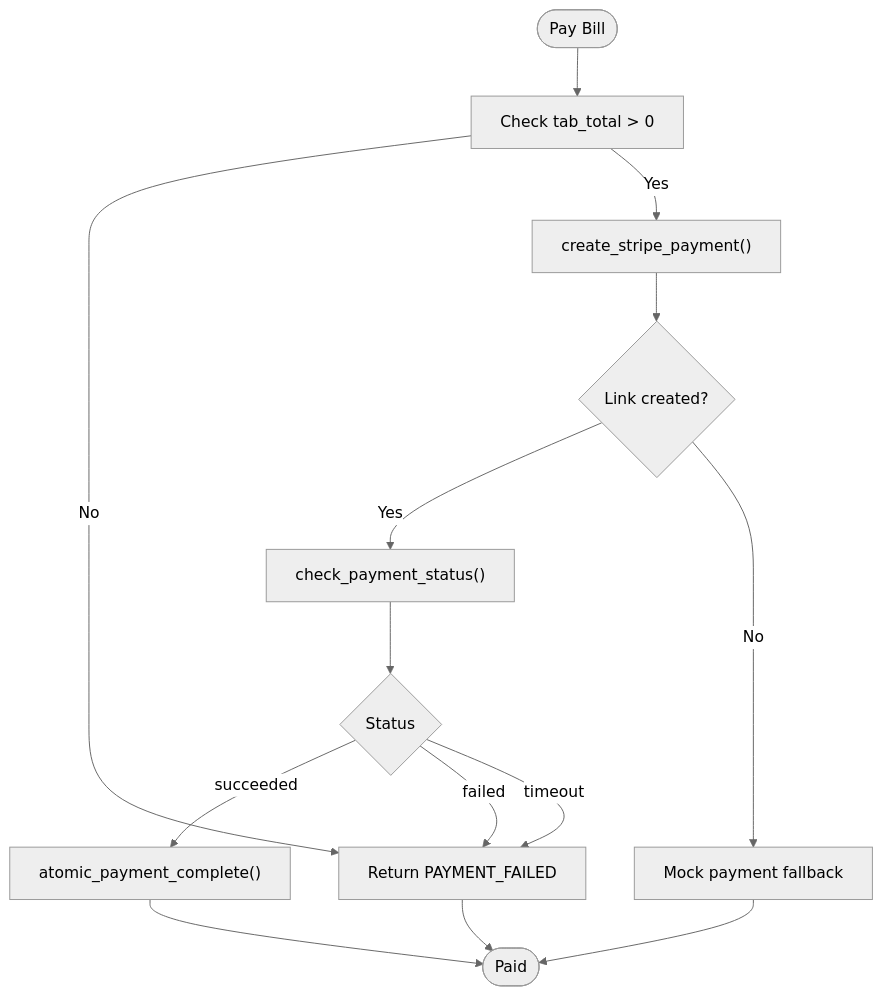
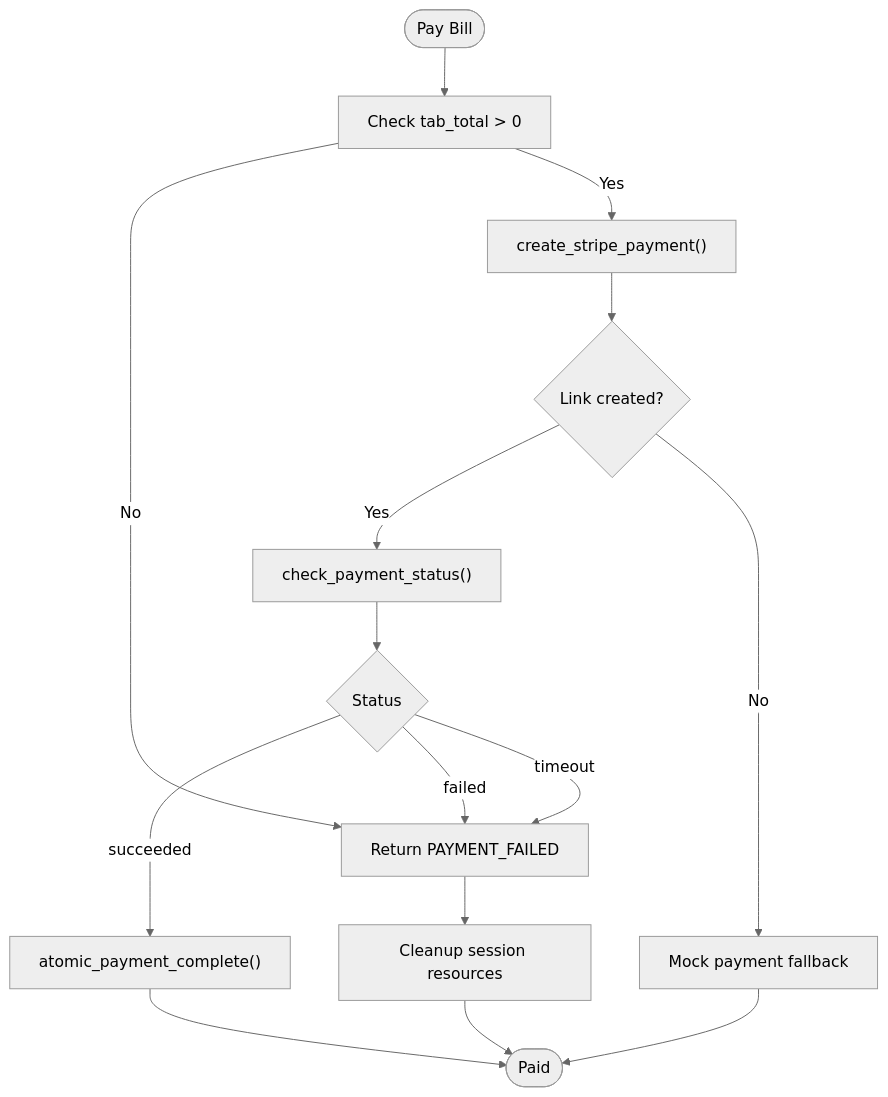
Before and after one commit to MOK-5-ha/MayaMCP: the eighth of 10 diagrams in .qoder/repowiki/en/content/Core Architecture/State Management Patterns.md, drawn with Mermaid (neutral theme). The commit also changed other lines of this file and 27 other files, not shown here.

````diff
--- a/.qoder/repowiki/en/content/Core Architecture/State Management Patterns.md
+++ b/.qoder/repowiki/en/content/Core Architecture/State Management Patterns.md
@@ -321,16 +437,17 @@
 ```mermaid
 flowchart TD
 Start(["Pay Bill"]) --> CheckTab["Check tab_total > 0"]
 CheckTab --> |No| Error["Return PAYMENT_FAILED"]
 CheckTab --> |Yes| CreateLink["create_stripe_payment()"]
 CreateLink --> LinkCreated{"Link created?"}
 LinkCreated --> |Yes| Poll["check_payment_status()"]
 LinkCreated --> |No| Fallback["Mock payment fallback"]
 Poll --> Status{"Status"}
 Status --> |succeeded| Complete["atomic_payment_complete()"]
 Status --> |failed| Error
 Status --> |timeout| Error
 Complete --> End(["Paid"])
 Fallback --> End
-Error --> End
+Error --> Cleanup["Cleanup session resources"]
+Cleanup --> End
 ```
````
